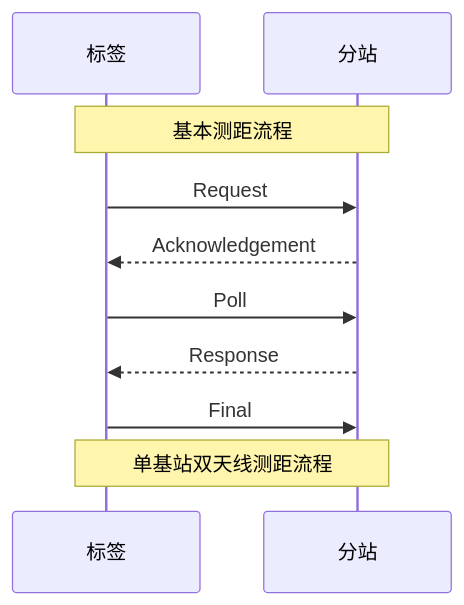
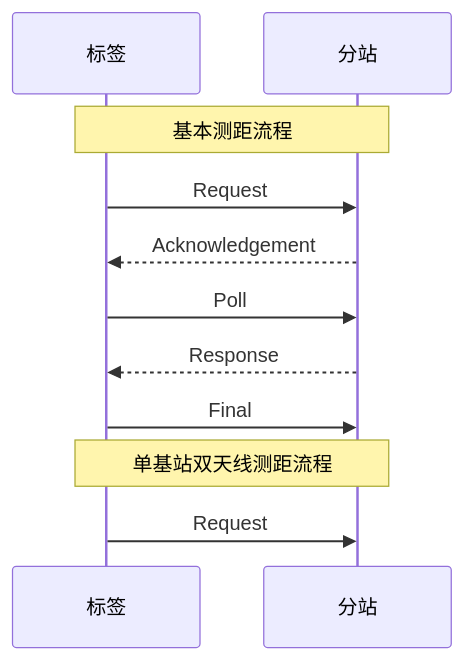
One commit to geek-zhao/iodraw-files changed the diagram in all/未命名.md. Above: the diagram before and after it, drawn with Mermaid.

Commit message:
2024-08-17 14:05:01 update

````diff
--- a/all/未命名.md
+++ b/all/未命名.md
@@ -1,20 +1,20 @@
 ```mermaid
 sequenceDiagram
     participant tag as 标签
     participant anchor as 分站
 
     Note over tag,anchor: 基本测距流程
 
     tag->>anchor: Request
     anchor-->>tag: Acknowledgement
     tag->>anchor: Poll
     anchor-->>tag: Response
     tag->>anchor: Final       
 
     Note over tag,anchor: 单基站双天线测距流程
 
+    tag->>anchor: Request
     
 
 
-
 ```
````
